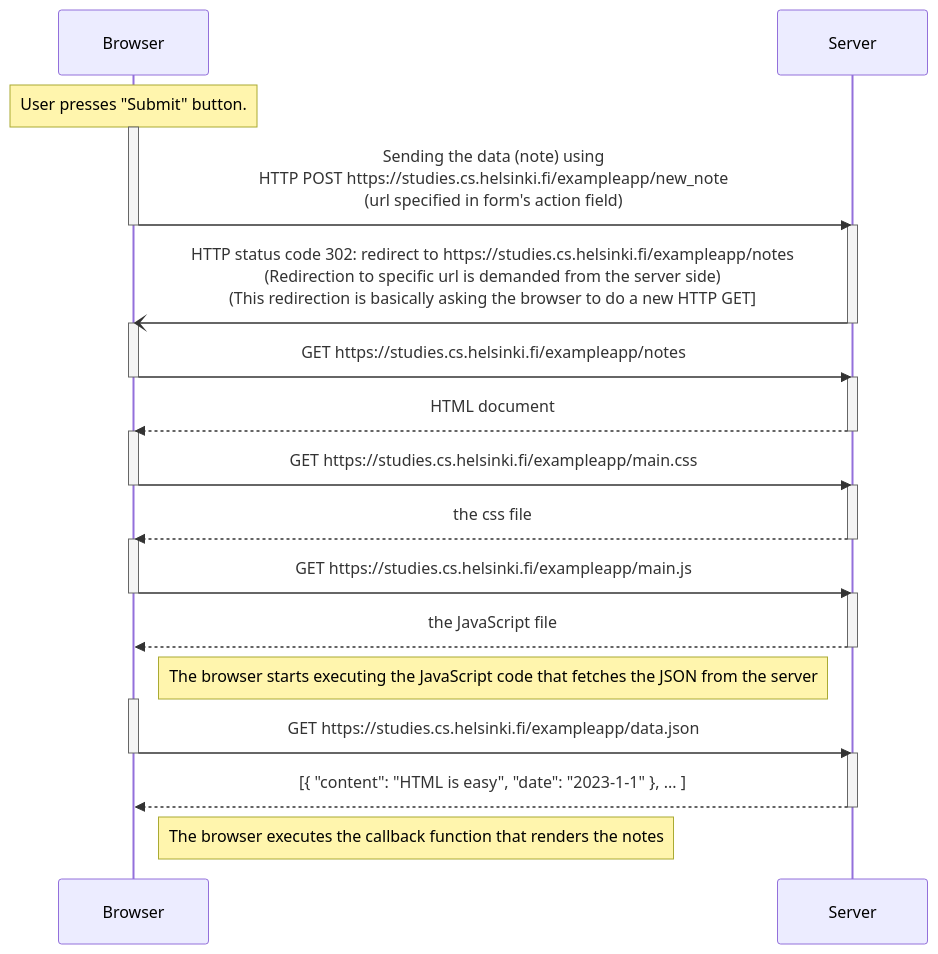
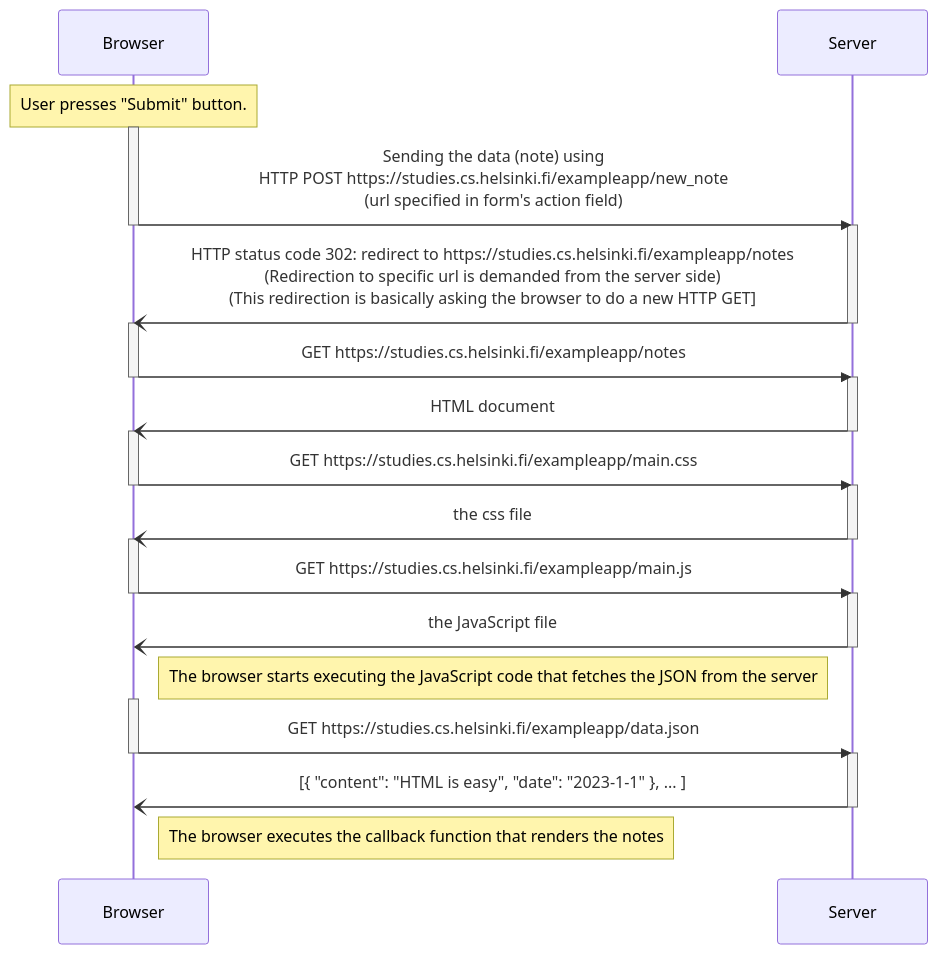
Before and after one commit to szmaragdynia/FullstackLearning: the diagram in part0/excercise0-4.md, drawn with Mermaid.

Commit message:
refurbishing looks

````diff
--- a/part0/excercise0-4.md
+++ b/part0/excercise0-4.md
@@ -1,50 +1,50 @@
 ```mermaid
 
 
 
 sequenceDiagram
     participant b as Browser
     participant s as Server
     
     Note over b: User presses "Submit" button.
     
     activate b
     b->>s: Sending the data (note) using <br/> HTTP POST https://studies.cs.helsinki.fi/exampleapp/new_note <br/> (url specified in form's action field) 
     deactivate b
     activate s
     s-)b: HTTP status code 302: redirect to https://studies.cs.helsinki.fi/exampleapp/notes <br/> (Redirection to specific url is demanded from the server side) <br/> (This redirection is basically asking the browser to do a new HTTP GET]
     deactivate s
 
     activate b
     b->>s: GET https://studies.cs.helsinki.fi/exampleapp/notes
     deactivate b
     activate s
-    s-->>b: HTML document
+    s-)b: HTML document
     deactivate s
     
     activate b
     b->>s: GET https://studies.cs.helsinki.fi/exampleapp/main.css
     deactivate b
     activate s
-    s-->>b: the css file
+    s-)b: the css file
     deactivate s
     
     activate b
     b->>s: GET https://studies.cs.helsinki.fi/exampleapp/main.js
     deactivate b
     activate s
-    s-->>b: the JavaScript file
+    s-)b: the JavaScript file
     deactivate s
     
     Note right of b: The browser starts executing the JavaScript code that fetches the JSON from the server
     
     activate b
     b->>s: GET https://studies.cs.helsinki.fi/exampleapp/data.json
     deactivate b
     activate s
-    s-->>b: [{ "content": "HTML is easy", "date": "2023-1-1" }, ... ]
+    s-)b: [{ "content": "HTML is easy", "date": "2023-1-1" }, ... ]
     deactivate s
 
     Note right of b: The browser executes the callback function that renders the notes
     
 ```
````
